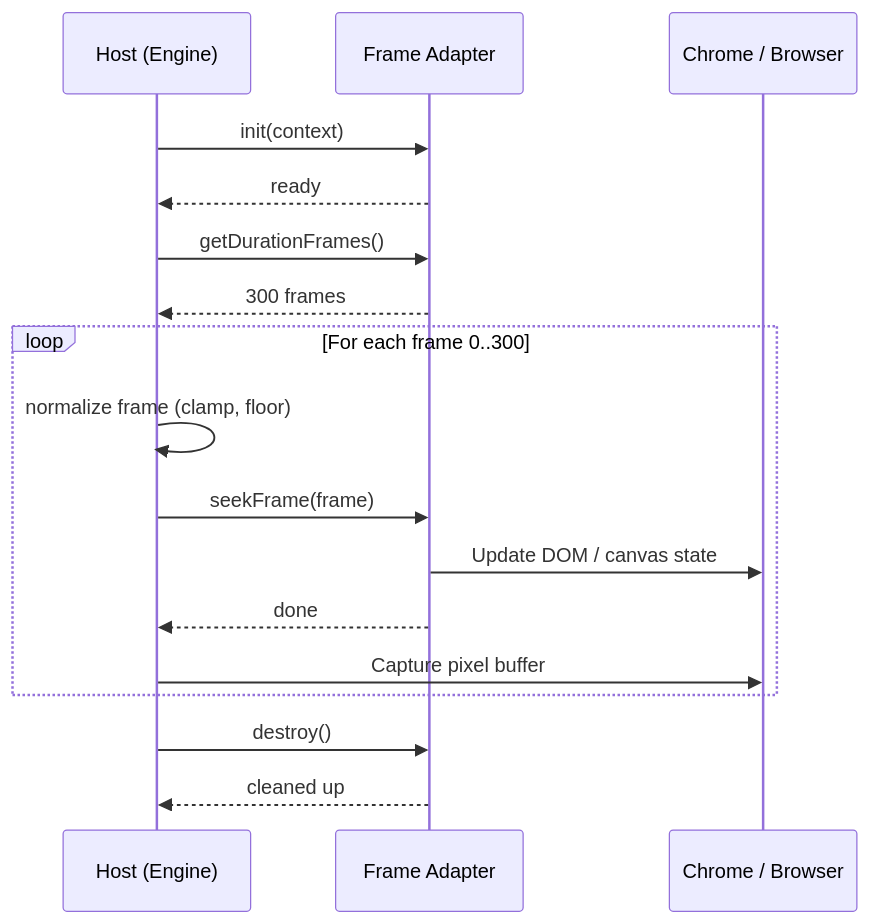
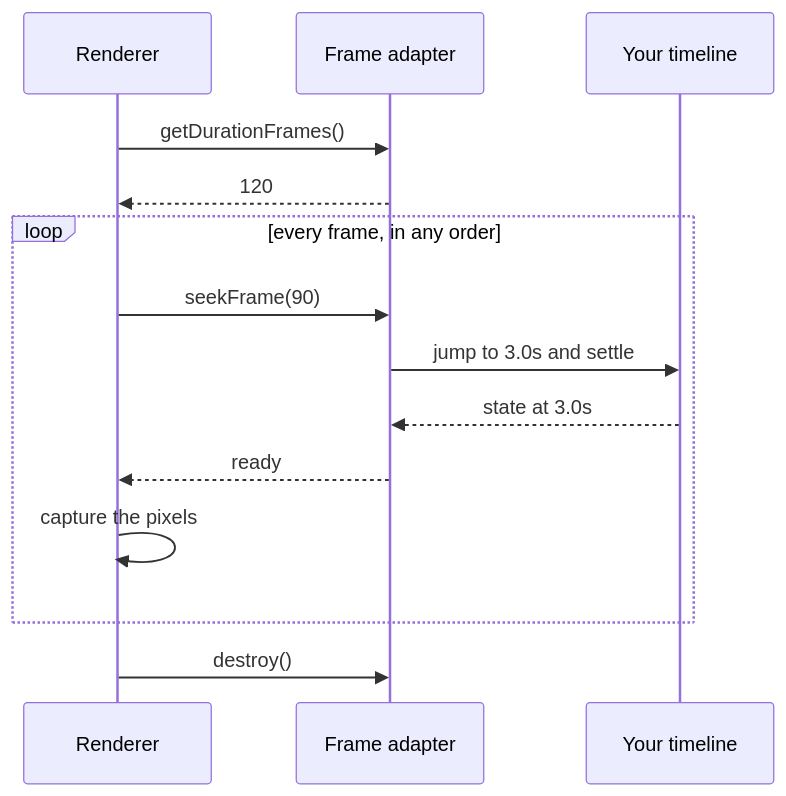
One commit to Zhan-ZhangZ/codexprojec changed the diagram in codex-skills/00_全局大管家/05_多媒体与设计资产/hyperframes/docs/concepts/frame-adapters.mdx. Above: the diagram before and after it, drawn with Mermaid. The commit also changed other lines of this file and 3294 other files, not shown here.

````diff
--- a/codex-skills/00_全局大管家/05_多媒体与设计资产/hyperframes/docs/concepts/frame-adapters.mdx
+++ b/codex-skills/00_全局大管家/05_多媒体与设计资产/hyperframes/docs/concepts/frame-adapters.mdx
@@ -20,22 +20,16 @@
 ```mermaid
 sequenceDiagram
-    participant Host as Host (Engine)
-    participant Adapter as Frame Adapter
-    participant Chrome as Chrome / Browser
-
-    Host->>Adapter: init(context)
-    Adapter-->>Host: ready
-    Host->>Adapter: getDurationFrames()
-    Adapter-->>Host: 300 frames
-
-    loop For each frame 0..300
-        Host->>Host: normalize frame (clamp, floor)
-        Host->>Adapter: seekFrame(frame)
-        Adapter->>Chrome: Update DOM / canvas state
-        Adapter-->>Host: done
-        Host->>Chrome: Capture pixel buffer
+    participant R as Renderer
+    participant A as Frame adapter
+    participant T as Your timeline
+    R->>A: getDurationFrames()
+    A-->>R: 120
+    loop every frame, in any order
+        R->>A: seekFrame(90)
+        A->>T: jump to 3.0s and settle
+        T-->>A: state at 3.0s
+        A-->>R: ready
+        R->>R: capture the pixels
     end
-
-    Host->>Adapter: destroy()
-    Adapter-->>Host: cleaned up
+    R->>A: destroy()
 ```
````
